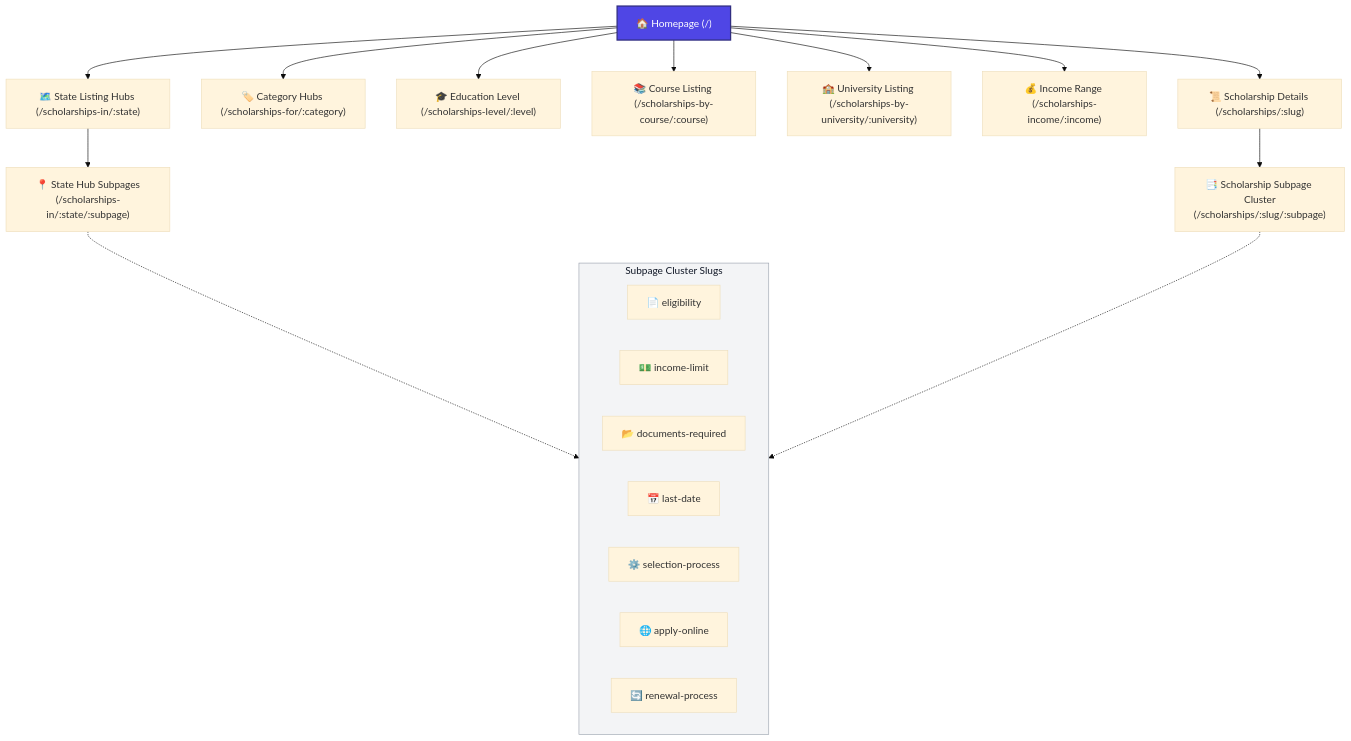
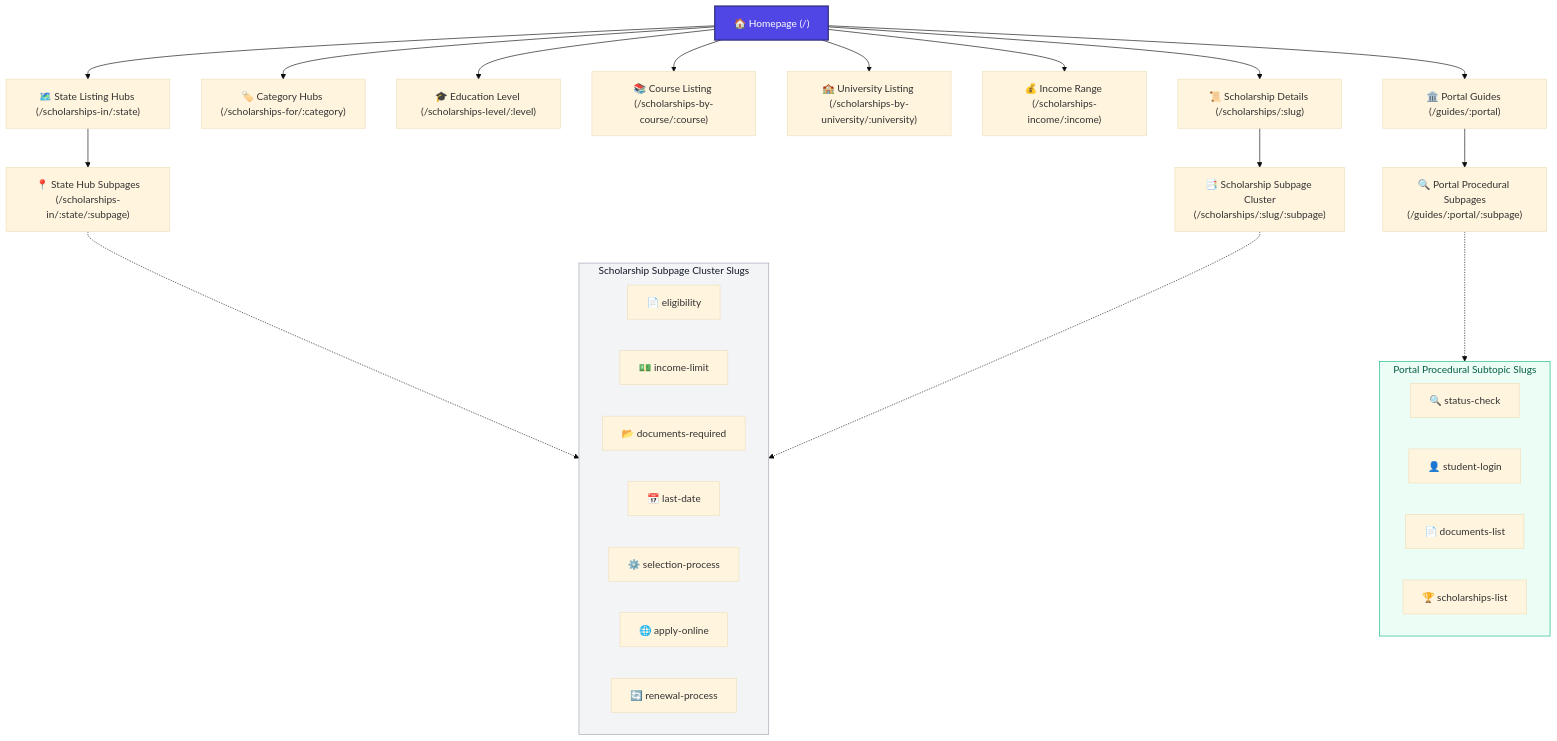
One commit to bizmantra/india-scholarships changed the diagram in scholarship-app/docs/seo_site_structure.md. Above: the diagram before and after it, drawn with Mermaid (base theme). The commit also changed other lines of this file and 4 other files, not shown here.

Commit message:
docs(seo): update site architecture docs with Master Portal Guides, subpages, and multi-sitemap chunking

````diff
--- a/scholarship-app/docs/seo_site_structure.md
+++ b/scholarship-app/docs/seo_site_structure.md
@@ -17,37 +17,50 @@
 ```mermaid
 graph TD
     %% Base Node
     Home["🏠 Homepage (/)"]
     
     %% Tier 1: Primary Hubs / Directories
     Home --> StateHub["🗺️ State Listing Hubs (/scholarships-in/:state)"]
     Home --> CatHub["🏷️ Category Hubs (/scholarships-for/:category)"]
     Home --> EduHub["🎓 Education Level (/scholarships-level/:level)"]
     Home --> CourseHub["📚 Course Listing (/scholarships-by-course/:course)"]
     Home --> UniHub["🏫 University Listing (/scholarships-by-university/:university)"]
     Home --> IncomeHub["💰 Income Range (/scholarships-income/:income)"]
     Home --> DetailsHub["📜 Scholarship Details (/scholarships/:slug)"]
+    Home --> PortalGuides["🏛️ Portal Guides (/guides/:portal)"]
 
-    %% Tier 2: State Subpages (State-level long-tail)
+    %% Tier 2: State Subpages
     StateHub --> StateSubpage["📍 State Hub Subpages<br/>(/scholarships-in/:state/:subpage)"]
     
-    %% Tier 2: Scholarship Subpages (Individual-level long-tail)
+    %% Tier 2: Scholarship Subpages
     DetailsHub --> DetailsSubpage["📑 Scholarship Subpage Cluster<br/>(/scholarships/:slug/:subpage)"]
 
+    %% Tier 2: Portal Guide Subpages
+    PortalGuides --> PortalSubpages["🔍 Portal Procedural Subpages<br/>(/guides/:portal/:subpage)"]
+
     %% Subpage Types
-    subgraph Subpages [Subpage Cluster Slugs]
+    subgraph Subpages [Scholarship Subpage Cluster Slugs]
         sub1["📄 eligibility"]
         sub2["💵 income-limit"]
         sub3["📂 documents-required"]
         sub4["📅 last-date"]
         sub5["⚙️ selection-process"]
         sub6["🌐 apply-online"]
         sub7["🔄 renewal-process"]
     end
 
+    subgraph PortalSubtopics [Portal Procedural Subtopic Slugs]
+        pSub1["🔍 status-check"]
+        pSub2["👤 student-login"]
+        pSub3["📄 documents-list"]
+        pSub4["🏆 scholarships-list"]
+    end
+
     StateSubpage -.-> Subpages
     DetailsSubpage -.-> Subpages
+    PortalSubpages -.-> PortalSubtopics
 
     style Home fill:#4F46E5,stroke:#312E81,stroke-width:2px,color:#fff
     style Subpages fill:#F3F4F6,stroke:#9CA3AF,stroke-width:1px,color:#111827
+    style PortalSubtopics fill:#ECFDF5,stroke:#10B981,stroke-width:1px,color:#065F46
 ```
````
